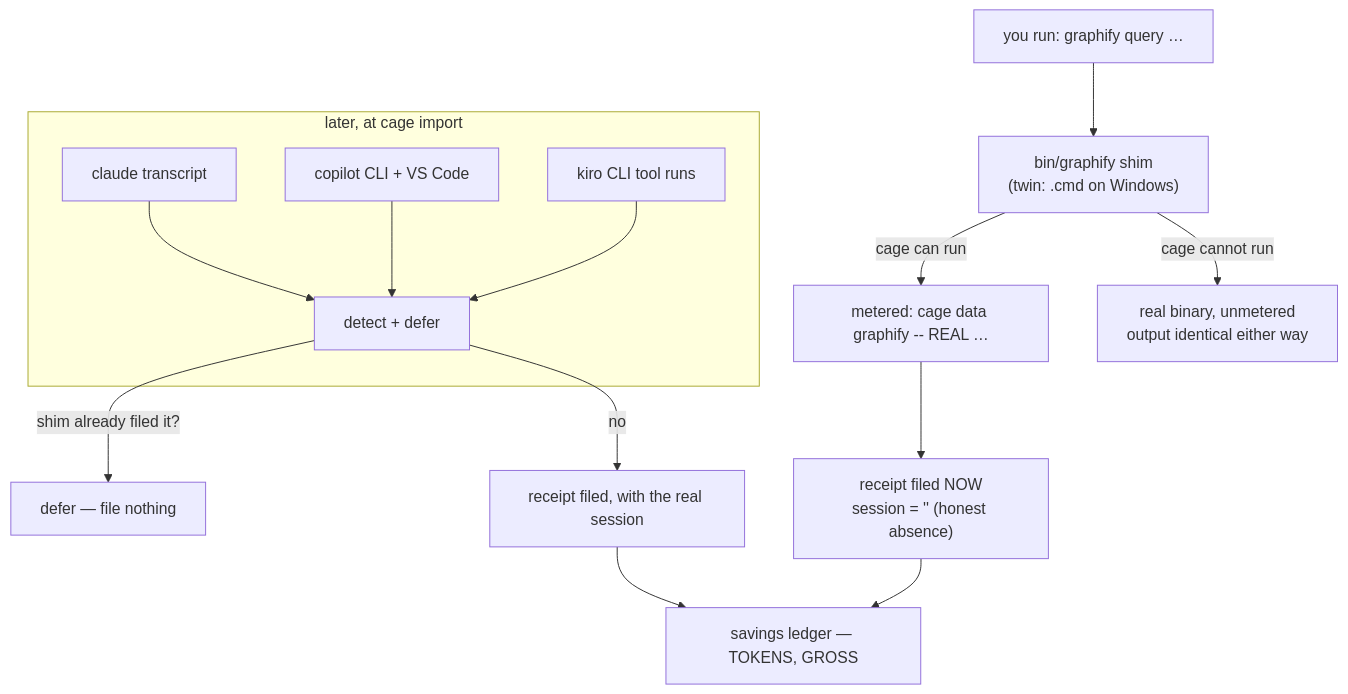
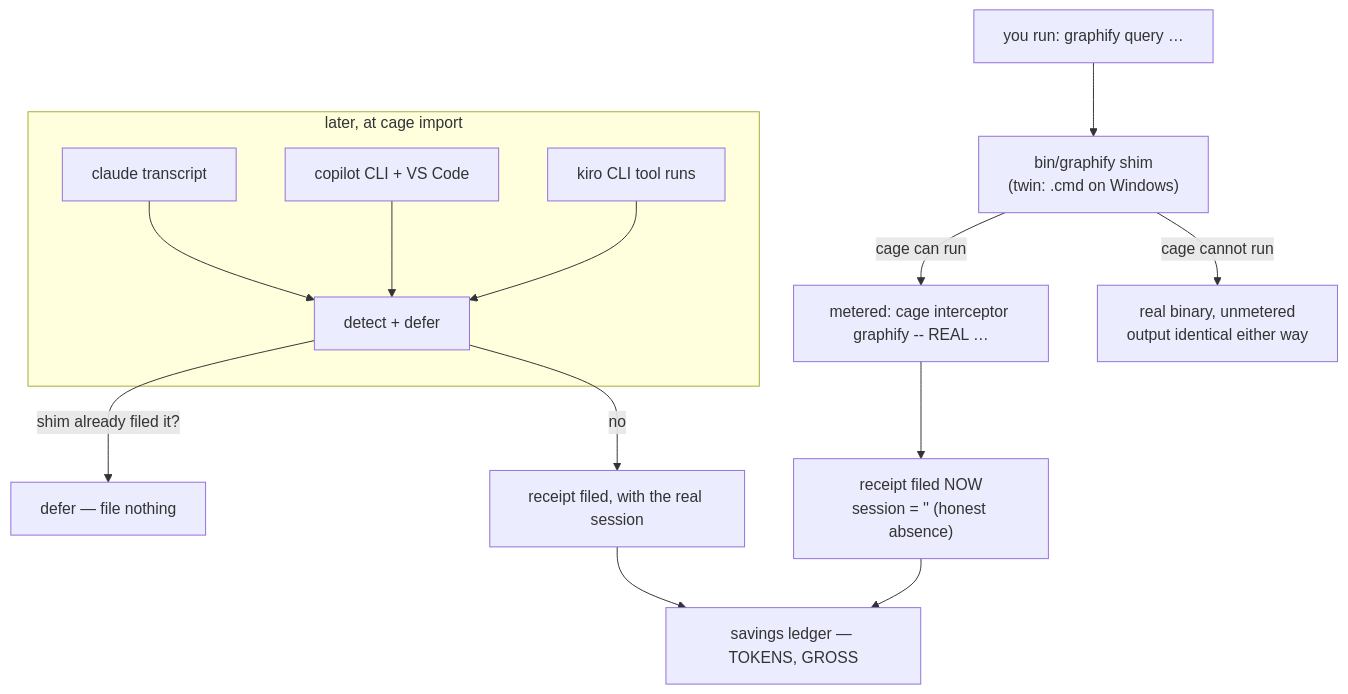
Before and after one commit to arpitarya/cage: the diagram in docs/adr/0007_graphify.md, drawn with Mermaid. The commit also changed other lines of this file and 32 other files, not shown here.

````diff
--- a/docs/adr/0007_graphify.md
+++ b/docs/adr/0007_graphify.md
@@ -33,16 +33,16 @@
 ```mermaid
 flowchart TD
     U["you run: graphify query …"] --> SH["bin/graphify shim<br/>(twin: .cmd on Windows)"]
-    SH -->|"cage can run"| M["metered: cage data graphify -- REAL …"]
+    SH -->|"cage can run"| M["metered: cage interceptor graphify -- REAL …"]
     SH -->|"cage cannot run"| R["real binary, unmetered<br/>output identical either way"]
     M --> RC1["receipt filed NOW<br/>session = '' (honest absence)"]
     subgraph later["later, at cage import"]
         T1["claude transcript"] --> D["detect + defer"]
         T2["copilot CLI + VS Code"] --> D
         T3["kiro CLI tool runs"] --> D
     end
     D -->|"shim already filed it?"| SKIP["defer — file nothing"]
     D -->|"no"| RC2["receipt filed, with the real session"]
     RC1 --> L["savings ledger — TOKENS, GROSS"]
     RC2 --> L
 ```
````
